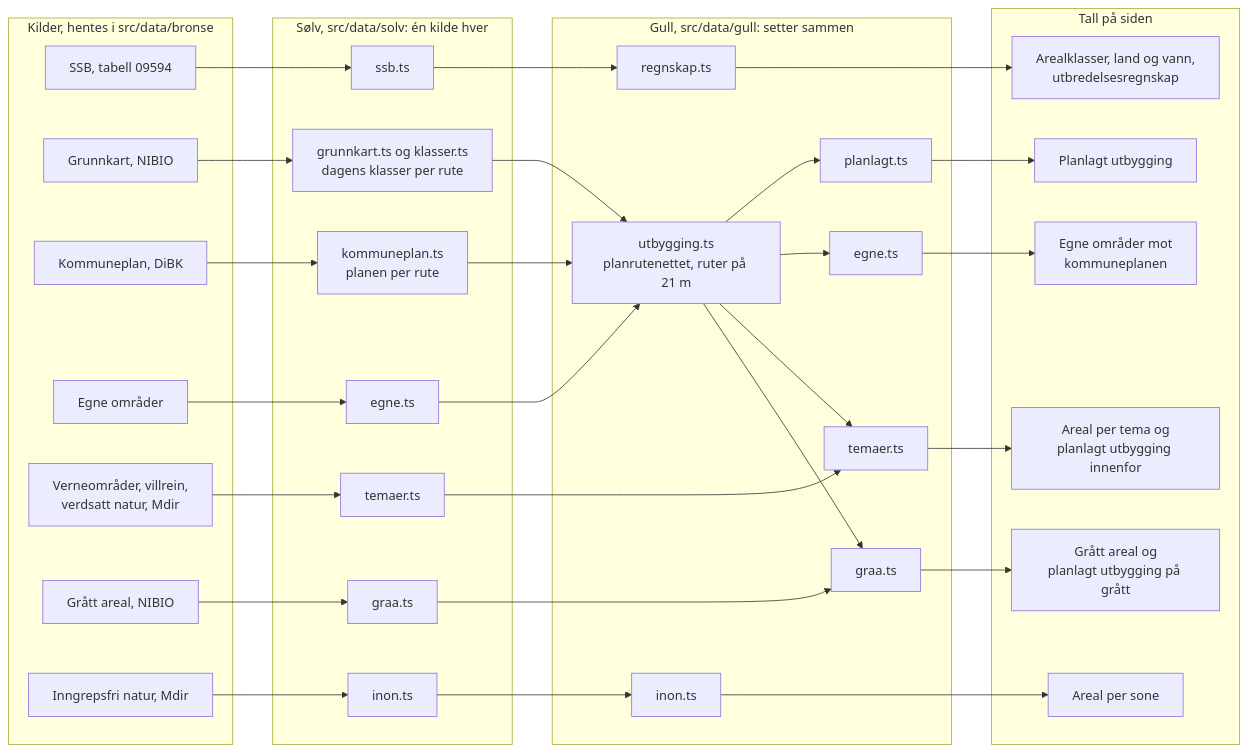
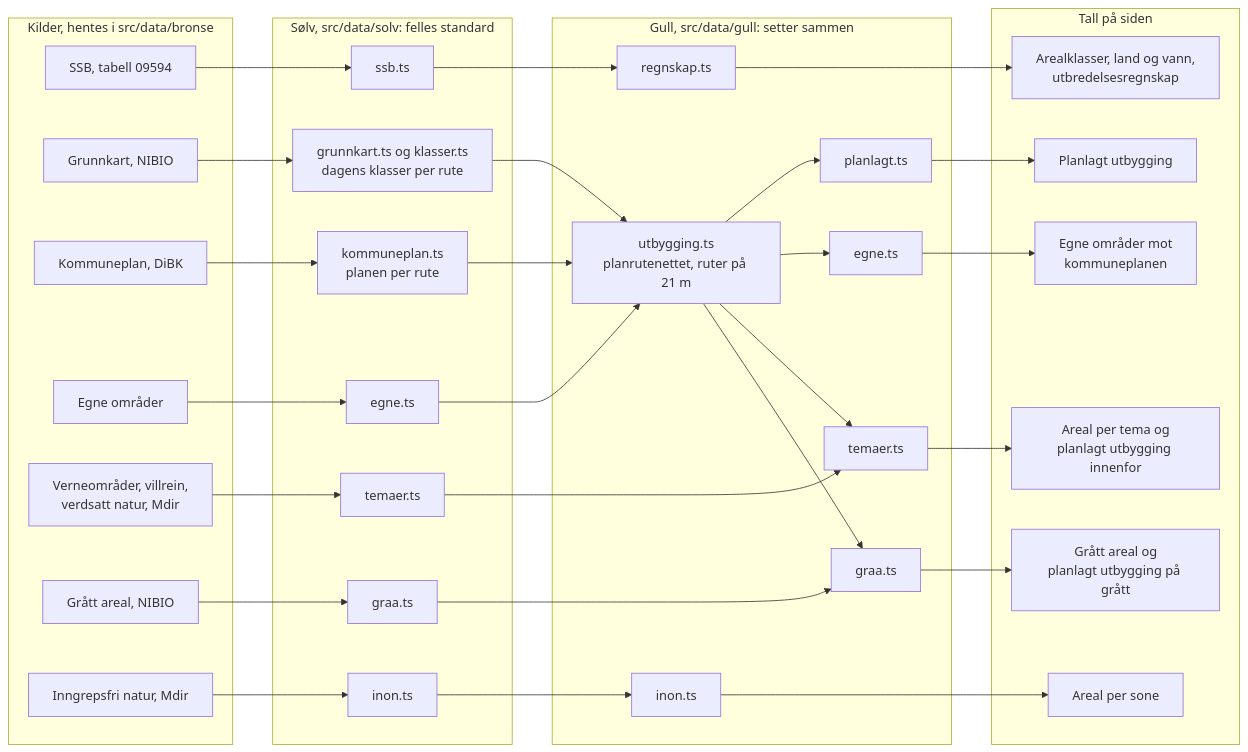
The diagram in METODE.md (eirikvk/Publicdemorepo), drawn with Mermaid before and after one commit. The commit also changed 1 other file, not shown here.

Commit message:
Prinsipp 1: sølv er felles standard, med kildene side om side
Sølv har én datamodell per ting. Flere kilder til samme ting, som
kommuneplanen og egne områder, ligger uendret side om side i sølv. Gull
velger mellom dem og setter ulike ting sammen. README sier at koden ikke
følger dette helt ennå.

Claude-Session: https://claude.ai/code/session_01QH8pq5t2KXwgqh9Wpy4rkq

````diff
--- a/METODE.md
+++ b/METODE.md
@@ -27,49 +27,49 @@
 ```mermaid
 flowchart LR
   subgraph Kilder["Kilder, hentes i src/data/bronse"]
     SSB["SSB, tabell 09594"]
     NIBIO["Grunnkart, NIBIO"]
     DiBK["Kommuneplan, DiBK"]
     Bruker["Egne områder"]
     Mdir["Verneområder, villrein,<br/>verdsatt natur, Mdir"]
     GRAA["Grått areal, NIBIO"]
     INON["Inngrepsfri natur, Mdir"]
   end
-  subgraph Solv["Sølv, src/data/solv: én kilde hver"]
+  subgraph Solv["Sølv, src/data/solv: felles standard"]
     sssb["ssb.ts"]
     sgrunn["grunnkart.ts og klasser.ts<br/>dagens klasser per rute"]
     skplan["kommuneplan.ts<br/>planen per rute"]
     segne["egne.ts"]
     stemaer["temaer.ts"]
     sgraa["graa.ts"]
     sinon["inon.ts"]
   end
   subgraph Gull["Gull, src/data/gull: setter sammen"]
     gutb["utbygging.ts<br/>planrutenettet, ruter på 21 m"]
     gregnskap["regnskap.ts"]
     gplan["planlagt.ts"]
     gegne["egne.ts"]
     gtemaer["temaer.ts"]
     ggraa["graa.ts"]
     ginon["inon.ts"]
   end
   subgraph Tall["Tall på siden"]
     T1["Arealklasser, land og vann,<br/>utbredelsesregnskap"]
     T2["Planlagt utbygging"]
     T6["Egne områder mot<br/>kommuneplanen"]
     T3["Areal per tema og<br/>planlagt utbygging innenfor"]
     T5["Grått areal og<br/>planlagt utbygging på grått"]
     T4["Areal per sone"]
   end
   SSB --> sssb --> gregnskap --> T1
   NIBIO --> sgrunn --> gutb
   DiBK --> skplan --> gutb
   Bruker --> segne --> gutb
   gutb --> gplan --> T2
   gutb --> gegne --> T6
   Mdir --> stemaer --> gtemaer --> T3
   gutb --> gtemaer
   GRAA --> sgraa --> ggraa --> T5
   gutb --> ggraa
   INON --> sinon --> ginon --> T4
 ```
````
